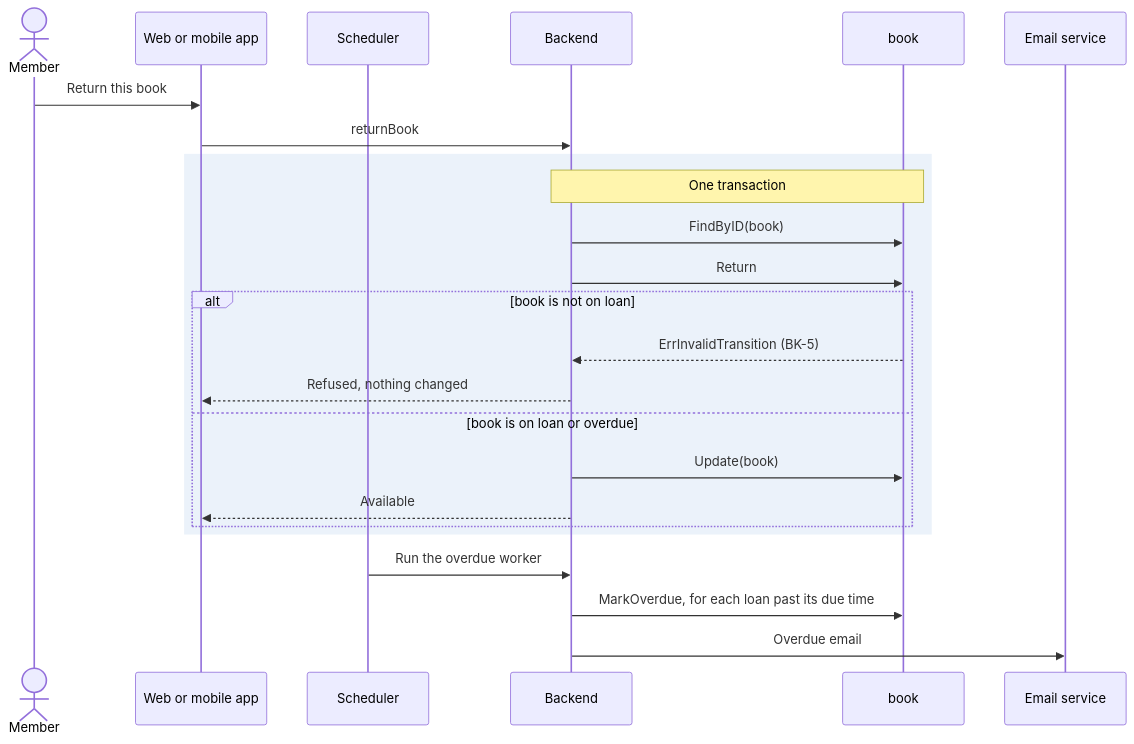
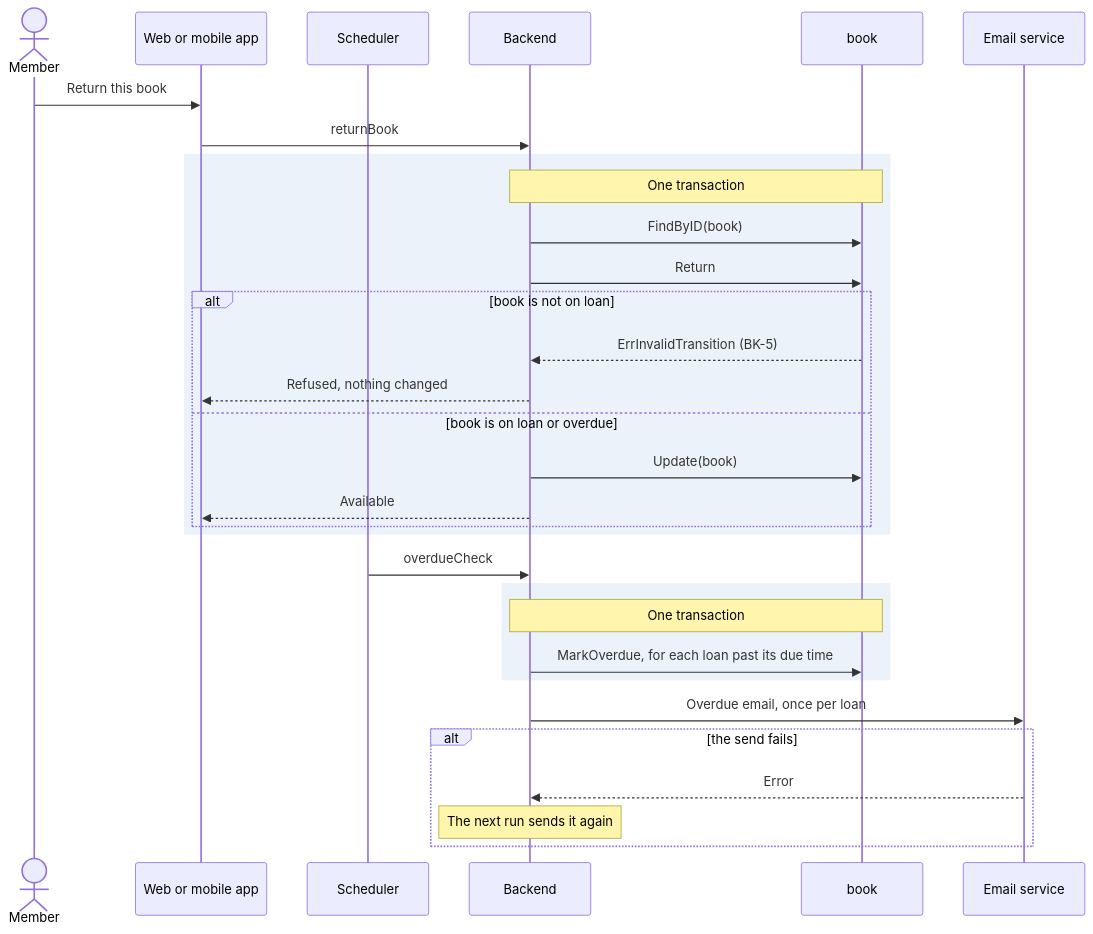
One commit to hieutran21198/Artifact-Driven-Framework changed the diagram in docs/software-knowledge/flows/return-book.md. Above: the diagram before and after it, drawn with Mermaid. The commit also changed other lines of this file and 35 other files, not shown here.

````diff
--- a/docs/software-knowledge/flows/return-book.md
+++ b/docs/software-knowledge/flows/return-book.md
@@ -33,28 +39,35 @@
 ```mermaid
 sequenceDiagram
     actor Member
     participant Client as Web or mobile app
     participant Scheduler
     participant Backend
     participant B as book
     participant Email as Email service
 
     Member->>Client: Return this book
     Client->>Backend: returnBook
     rect rgb(235, 242, 250)
         note over Backend,B: One transaction
         Backend->>B: FindByID(book)
         Backend->>B: Return
         alt book is not on loan
             B-->>Backend: ErrInvalidTransition (BK-5)
             Backend-->>Client: Refused, nothing changed
         else book is on loan or overdue
             Backend->>B: Update(book)
             Backend-->>Client: Available
         end
     end
 
-    Scheduler->>Backend: Run the overdue worker
-    Backend->>B: MarkOverdue, for each loan past its due time
-    Backend->>Email: Overdue email
+    Scheduler->>Backend: overdueCheck
+    rect rgb(235, 242, 250)
+        note over Backend,B: One transaction
+        Backend->>B: MarkOverdue, for each loan past its due time
+    end
+    Backend->>Email: Overdue email, once per loan
+    alt the send fails
+        Email-->>Backend: Error
+        note over Backend: The next run sends it again
+    end
 ```
````
